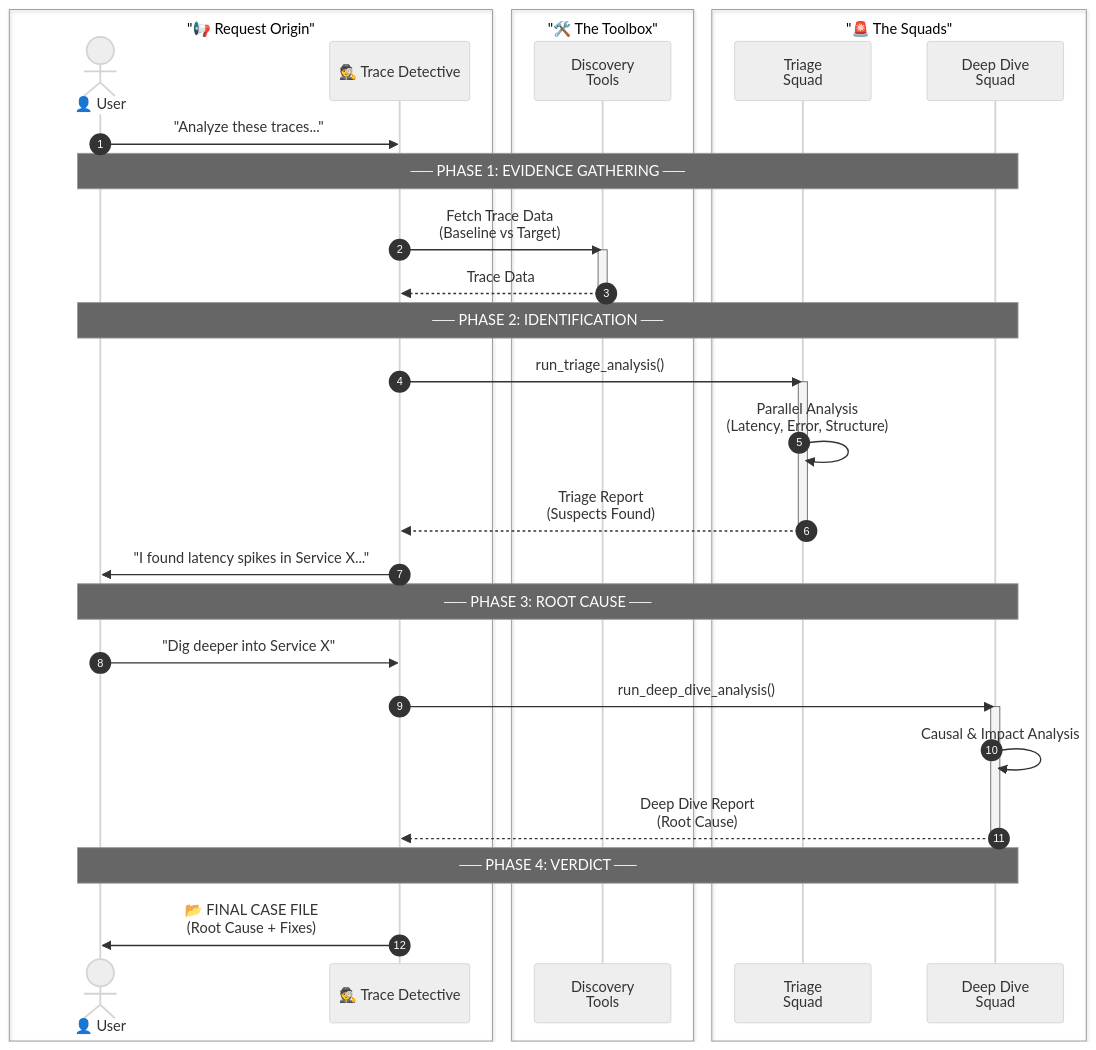
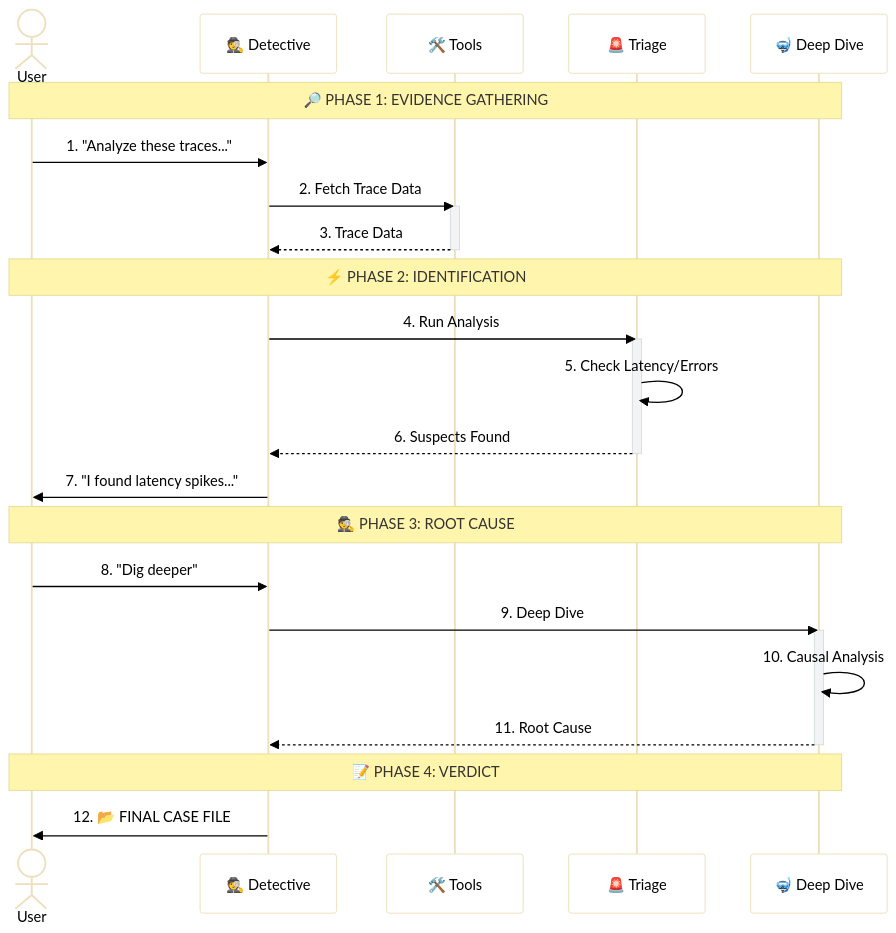
Before and after one commit to srtux/trace_analyzer: the second of 2 diagrams in README.md, drawn with Mermaid. The commit also changed other lines of this file, not shown here.

Commit message:
docs: Enhance architecture and interaction workflow documentation with new Mermaid diagrams.

````diff
--- a/README.md
+++ b/README.md
@@ -23,62 +113,41 @@
 ```mermaid
+%%{init: {'theme': 'base', 'themeVariables': {'darkMode': false, 'background': '#ffffff', 'mainBkg': '#ffffff', 'fontFamily': 'arial', 'fontSize': '16px', 'textColor': '#000000', 'primaryTextColor': '#000000', 'secondaryColor': '#f1f3f4', 'tertiaryColor': '#ffffff'}}}%%
 sequenceDiagram
-    %% 'neutral' theme adapts best to dark/light modes. 
-    %% wrap: true helps text fitting.
-    %%{init: {
-        'theme': 'neutral', 
-        'themeVariables': { 
-            'fontFamily': 'arial',
-            'fontSize': '14px'
-        }
-    }}%%
-    
-    autonumber
-    
-    box "📢 Request Origin"
-        actor User as 👤 User
-        participant Agent as 🕵️ Trace Detective
-    end
-    
-    box "🛠️ The Toolbox"
-        participant Tools as Discovery<br/>Tools
-    end
-    
-    box "🚨 The Squads"
-        participant S1 as Triage<br/>Squad
-        participant S2 as Deep Dive<br/>Squad
-    end
+    actor User
+    participant Det as 🕵️ Detective
+    participant Tools as 🛠️ Tools
+    participant S1 as 🚨 Triage
+    participant S2 as 🤿 Deep Dive
 
-    User->>Agent: "Analyze these traces..."
-    
-    %% Using <br/> and shorter dividers reduces width significantly
-    Note over User, S2: ── PHASE 1: EVIDENCE GATHERING ──
-    
-    Agent->>Tools: Fetch Trace Data<br/>(Baseline vs Target)
+    Note over User, S2: 🔎 PHASE 1: EVIDENCE GATHERING
+
+    User->>Det: 1. "Analyze these traces..."
+    Det->>Tools: 2. Fetch Trace Data
     activate Tools
-    Tools-->>Agent: Trace Data
+    Tools-->>Det: 3. Trace Data
     deactivate Tools
 
-    Note over User, S2: ── PHASE 2: IDENTIFICATION ──
-    
-    Agent->>S1: run_triage_analysis()
+    Note over User, S2: ⚡ PHASE 2: IDENTIFICATION
+
+    Det->>S1: 4. Run Analysis
     activate S1
-    S1->>S1: Parallel Analysis<br/>(Latency, Error, Structure)
-    S1-->>Agent: Triage Report<br/>(Suspects Found)
+    S1->>S1: 5. Check Latency/Errors
+    S1-->>Det: 6. Suspects Found
     deactivate S1
     
-    Agent->>User: "I found latency spikes in Service X..."
+    Det->>User: 7. "I found latency spikes..."
 
-    Note over User, S2: ── PHASE 3: ROOT CAUSE ──
+    Note over User, S2: 🕵️ PHASE 3: ROOT CAUSE
+
+    User->>Det: 8. "Dig deeper"
     
-    User->>Agent: "Dig deeper into Service X"
-    
-    Agent->>S2: run_deep_dive_analysis()
+    Det->>S2: 9. Deep Dive
     activate S2
-    S2->>S2: Causal & Impact Analysis
-    S2-->>Agent: Deep Dive Report<br/>(Root Cause)
+    S2->>S2: 10. Causal Analysis
+    S2-->>Det: 11. Root Cause
     deactivate S2
 
-    Note over User, S2: ── PHASE 4: VERDICT ──
+    Note over User, S2: 📝 PHASE 4: VERDICT
     
-    Agent->>User: 📂 FINAL CASE FILE<br/>(Root Cause + Fixes)
+    Det->>User: 12. 📂 FINAL CASE FILE
 ```
````
